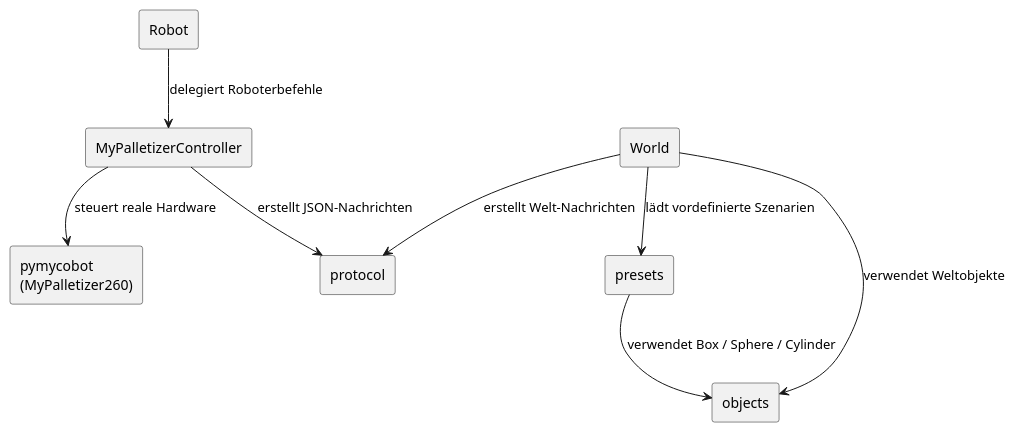
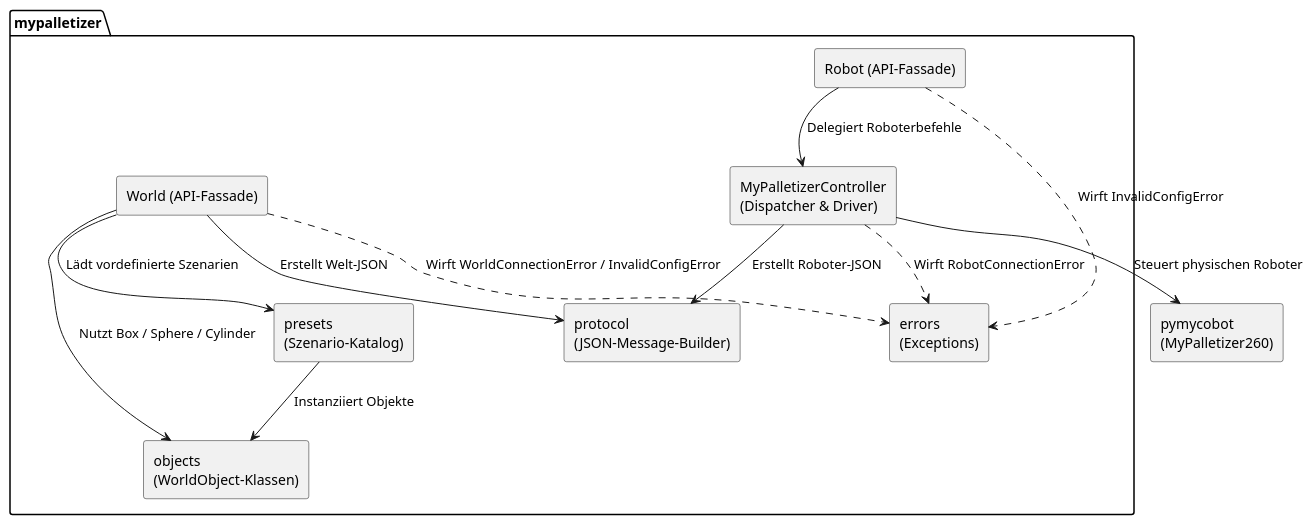
One commit to Stonehouse1703/DigitalTwin-for-MyPalletizer-260-M5-UnityVersion changed the second of 6 diagrams in docs/asciidoc/chapters/05_building_block_view.adoc. Above: the diagram before and after it, drawn with PlantUML. The commit also changed other lines of this file and 12 other files, not shown here.

```diff
--- a/docs/asciidoc/chapters/05_building_block_view.adoc
+++ b/docs/asciidoc/chapters/05_building_block_view.adoc
@@ -96,26 +66,33 @@
 [plantuml, target="diagram-python-l2", format="png"]
 ----
 @startuml
 skinparam componentStyle rectangle
 
-component "Robot" as Robot
-component "MyPalletizerController" as MPC
-component "World" as World
-component "protocol" as Protocol
-component "presets" as Presets
-component "objects" as Objects
+package "mypalletizer" {
+    component "Robot (API-Fassade)" as Robot
+    component "MyPalletizerController\n(Dispatcher & Driver)" as MPC
+    component "World (API-Fassade)" as World
+    component "protocol\n(JSON-Message-Builder)" as Protocol
+    component "presets\n(Szenario-Katalog)" as Presets
+    component "objects\n(WorldObject-Klassen)" as Objects
+    component "errors\n(Exceptions)" as Errors
+}
+
 component "pymycobot\n(MyPalletizer260)" as PyMyCobot
 
-Robot --> MPC : delegiert Roboterbefehle
+Robot --> MPC : Delegiert Roboterbefehle
+Robot ..> Errors : Wirft InvalidConfigError
 
-MPC --> Protocol : erstellt JSON-Nachrichten
-MPC --> PyMyCobot : steuert reale Hardware
+MPC --> Protocol : Erstellt Roboter-JSON
+MPC --> PyMyCobot : Steuert physischen Roboter
+MPC ..> Errors : Wirft RobotConnectionError
 
-World --> Protocol : erstellt Welt-Nachrichten
-World --> Presets : lädt vordefinierte Szenarien
-World --> Objects : verwendet Weltobjekte
+World --> Protocol : Erstellt Welt-JSON
+World --> Presets : Lädt vordefinierte Szenarien
+World --> Objects : Nutzt Box / Sphere / Cylinder
+World ..> Errors : Wirft WorldConnectionError / InvalidConfigError
 
-Presets --> Objects : verwendet Box / Sphere / Cylinder
+Presets --> Objects : Instanziiert Objekte
 
 @enduml
 ----
```
